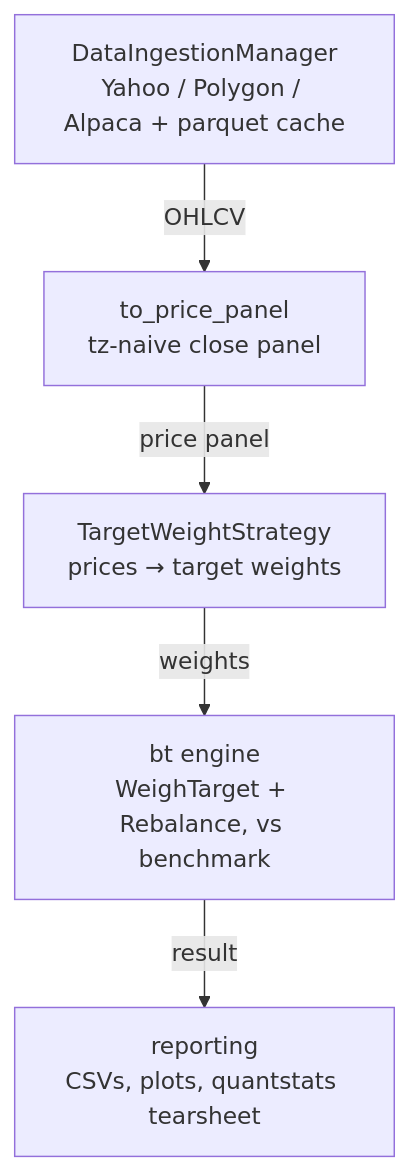
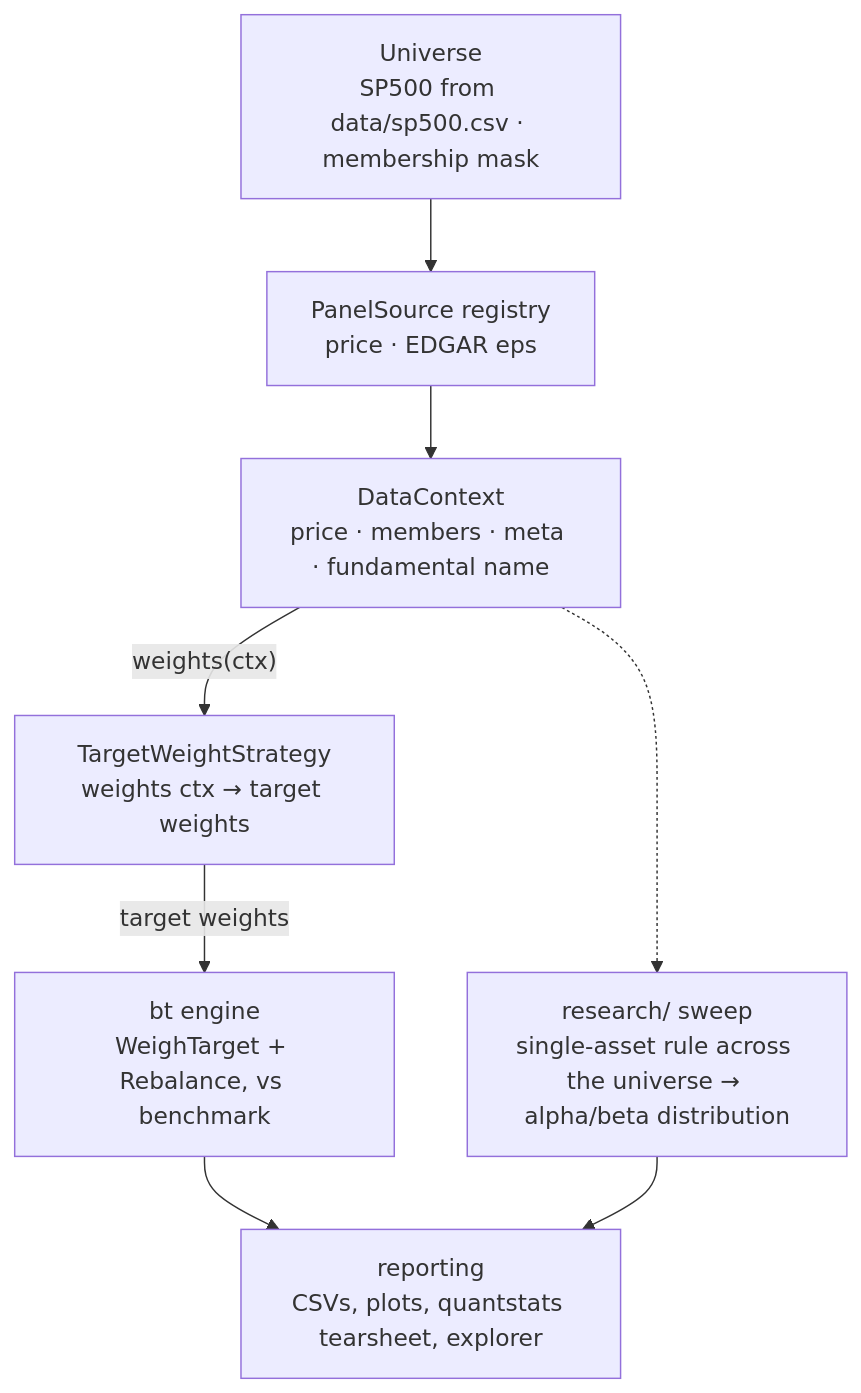
Before and after one commit to rohitashwachaks/traderplusplus: the diagram in README.md, drawn with Mermaid. The commit also changed other lines of this file and 10 other files, not shown here.

````diff
--- a/README.md
+++ b/README.md
@@ -124,12 +47,14 @@
 ```mermaid
 flowchart TD
-    A[DataIngestionManager<br/>Yahoo / Polygon / Alpaca + parquet cache]
-    B[to_price_panel<br/>tz-naive close panel]
-    C[TargetWeightStrategy<br/>prices → target weights]
+    U[Universe<br/>SP500 from data/sp500.csv · membership mask]
+    A[PanelSource registry<br/>price · EDGAR eps]
+    B[DataContext<br/>price · members · meta · fundamental name]
+    C[TargetWeightStrategy<br/>weights ctx → target weights]
     D[bt engine<br/>WeighTarget + Rebalance, vs benchmark]
-    E[reporting<br/>CSVs, plots, quantstats tearsheet]
-    A -- OHLCV --> B
-    B -- price panel --> C
-    C -- weights --> D
-    D -- result --> E
+    E[reporting<br/>CSVs, plots, quantstats tearsheet, explorer]
+    S[research/ sweep<br/>single-asset rule across the universe → alpha/beta distribution]
+    U --> A --> B
+    B -- weights(ctx) --> C
+    C -- target weights --> D --> E
+    B -.-> S --> E
 ```
````
